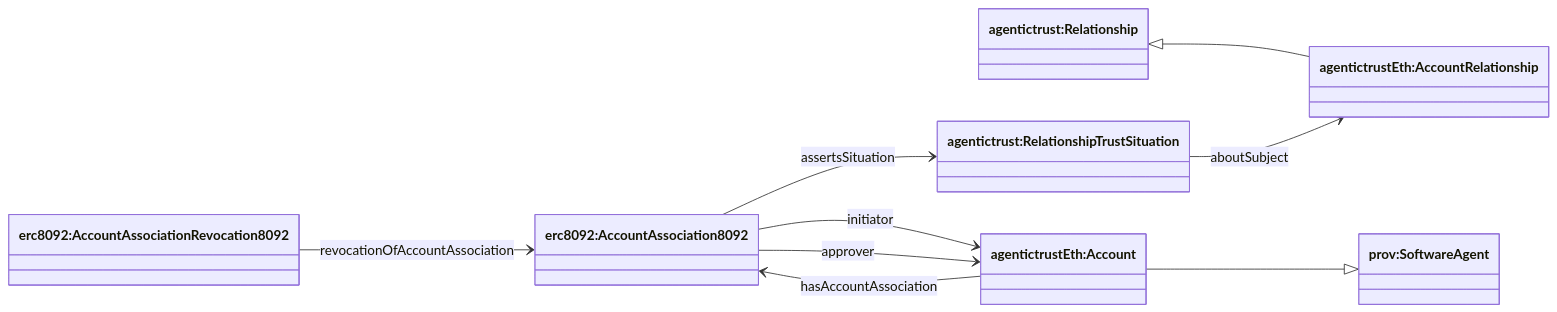
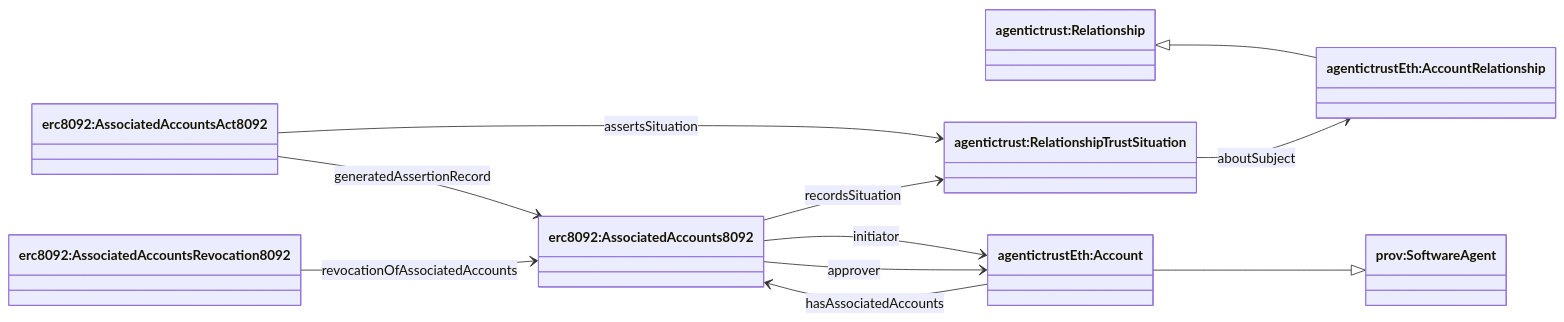
One commit to Agentic-Trust-Layer/agent-explorer changed the diagram in docs/ontology/erc8092.md. Above: the diagram before and after it, drawn with Mermaid. The commit also changed other lines of this file and 12 other files, not shown here.

````diff
--- a/docs/ontology/erc8092.md
+++ b/docs/ontology/erc8092.md
@@ -29,23 +29,26 @@
 ```mermaid
 classDiagram
 direction LR
 
 class Relationship["agentictrust:Relationship"]
 class AccountRelationship["agentictrustEth:AccountRelationship"]
-class AccountAssociation["erc8092:AccountAssociation8092"]
-class AccountAssociationRevocation["erc8092:AccountAssociationRevocation8092"]
+class AssociatedAccounts["erc8092:AssociatedAccounts8092"]
+class AssociatedAccountsAct["erc8092:AssociatedAccountsAct8092"]
+class AssociatedAccountsRevocation["erc8092:AssociatedAccountsRevocation8092"]
 class RelationshipTrustSituation["agentictrust:RelationshipTrustSituation"]
 class Account["agentictrustEth:Account"]
 class provSoftwareAgent["prov:SoftwareAgent"]
 
 Relationship <|-- AccountRelationship
 Account --|> provSoftwareAgent
 
-Account --> AccountAssociation : hasAccountAssociation
-AccountAssociation --> RelationshipTrustSituation : assertsSituation
+Account --> AssociatedAccounts : hasAssociatedAccounts
+AssociatedAccounts --> RelationshipTrustSituation : recordsSituation
+AssociatedAccountsAct --> RelationshipTrustSituation : assertsSituation
+AssociatedAccountsAct --> AssociatedAccounts : generatedAssertionRecord
 RelationshipTrustSituation --> AccountRelationship : aboutSubject
 
-AccountAssociation --> Account : initiator
-AccountAssociation --> Account : approver
-AccountAssociationRevocation --> AccountAssociation : revocationOfAccountAssociation
+AssociatedAccounts --> Account : initiator
+AssociatedAccounts --> Account : approver
+AssociatedAccountsRevocation --> AssociatedAccounts : revocationOfAssociatedAccounts
 ```
````
